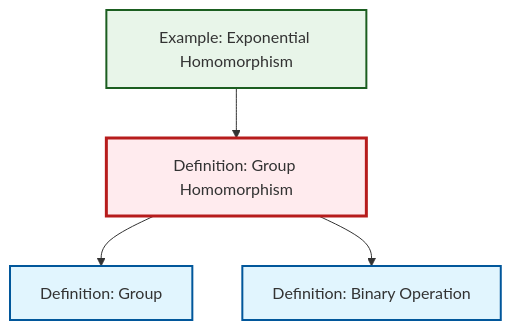
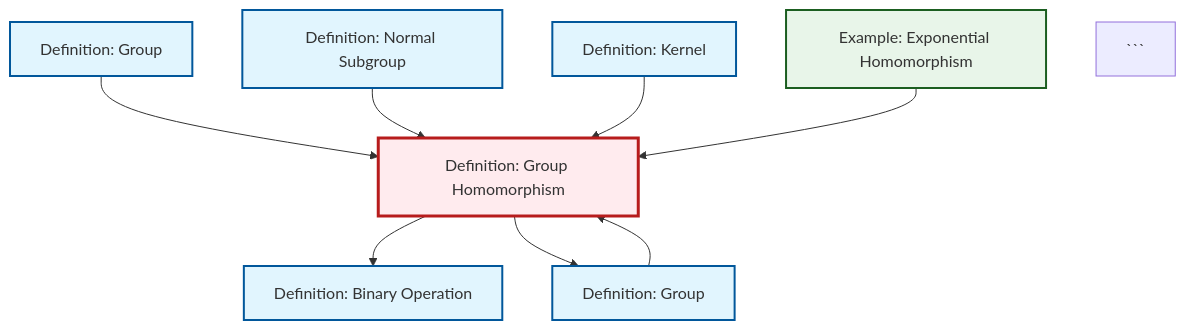
The diagram in output/mermaid/def-homomorphism.mermaid (RK0429/ModernMath), drawn with Mermaid before and after one commit. The commit also changed 1183 other files, not shown here.

````diff
--- a/output/mermaid/def-homomorphism.mermaid
+++ b/output/mermaid/def-homomorphism.mermaid
@@ -1,17 +1,23 @@
-```{mermaid}
 %%| fig-cap: "Local dependency graph"
 graph TD
     classDef definition fill:#e1f5fe,stroke:#01579b,stroke-width:2px
     classDef theorem fill:#f3e5f5,stroke:#4a148c,stroke-width:2px
     classDef axiom fill:#fff3e0,stroke:#e65100,stroke-width:2px
     classDef example fill:#e8f5e9,stroke:#1b5e20,stroke-width:2px
     classDef current fill:#ffebee,stroke:#b71c1c,stroke-width:3px
+    def-group-example["Definition: Group"]:::definition
+    def-kernel["Definition: Kernel"]:::definition
     ex-exponential-homomorphism["Example: Exponential Homomorphism"]:::example
     def-group["Definition: Group"]:::definition
+    def-normal-subgroup["Definition: Normal Subgroup"]:::definition
     def-binary-operation["Definition: Binary Operation"]:::definition
     def-homomorphism["Definition: Group Homomorphism"]:::definition
+    def-group-example --> def-homomorphism
+    def-normal-subgroup --> def-homomorphism
+    def-homomorphism --> def-binary-operation
+    def-kernel --> def-homomorphism
+    ex-exponential-homomorphism --> def-homomorphism
+    def-group --> def-homomorphism
     def-homomorphism --> def-group
-    def-homomorphism --> def-binary-operation
-    ex-exponential-homomorphism --> def-homomorphism
     class def-homomorphism current
 ```
````
